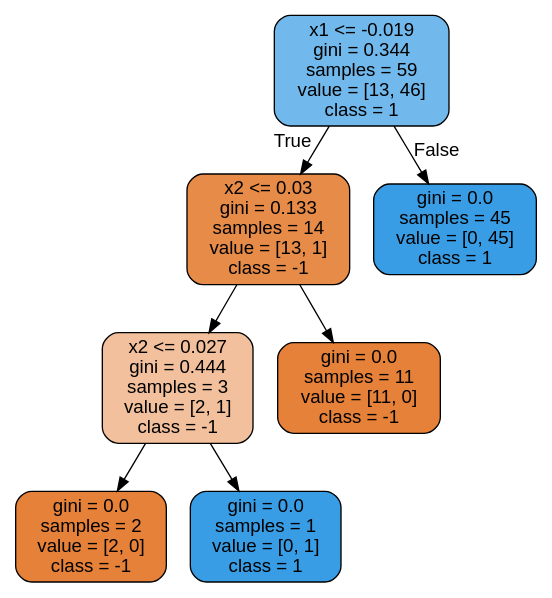
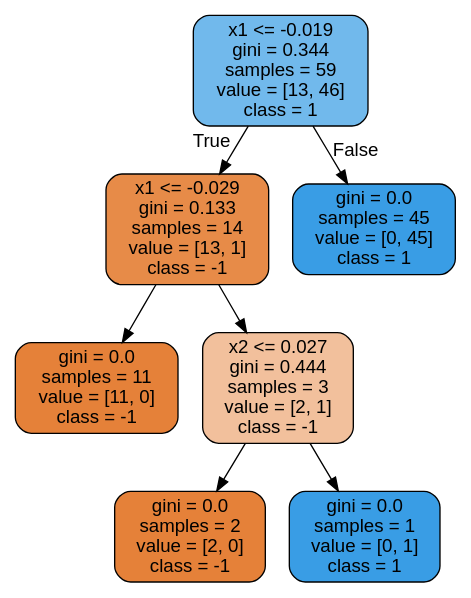
Before and after one commit to LimboRift/wkzq: the diagram in tree.dot, drawn with Graphviz. The commit also changed 12 other files, not shown here.

```diff
--- a/tree.dot
+++ b/tree.dot
@@ -1,17 +1,17 @@
 digraph Tree {
 node [shape=box, style="filled, rounded", color="black", fontname=helvetica] ;
 edge [fontname=helvetica] ;
 0 [label="x1 <= -0.019\ngini = 0.344\nsamples = 59\nvalue = [13, 46]\nclass = 1", fillcolor="#71b9ec"] ;
-1 [label="x2 <= 0.03\ngini = 0.133\nsamples = 14\nvalue = [13, 1]\nclass = -1", fillcolor="#e78b48"] ;
+1 [label="x1 <= -0.029\ngini = 0.133\nsamples = 14\nvalue = [13, 1]\nclass = -1", fillcolor="#e78b48"] ;
 0 -> 1 [labeldistance=2.5, labelangle=45, headlabel="True"] ;
-2 [label="x2 <= 0.027\ngini = 0.444\nsamples = 3\nvalue = [2, 1]\nclass = -1", fillcolor="#f2c09c"] ;
+2 [label="gini = 0.0\nsamples = 11\nvalue = [11, 0]\nclass = -1", fillcolor="#e58139"] ;
 1 -> 2 ;
-3 [label="gini = 0.0\nsamples = 2\nvalue = [2, 0]\nclass = -1", fillcolor="#e58139"] ;
-2 -> 3 ;
-4 [label="gini = 0.0\nsamples = 1\nvalue = [0, 1]\nclass = 1", fillcolor="#399de5"] ;
-2 -> 4 ;
-5 [label="gini = 0.0\nsamples = 11\nvalue = [11, 0]\nclass = -1", fillcolor="#e58139"] ;
-1 -> 5 ;
+3 [label="x2 <= 0.027\ngini = 0.444\nsamples = 3\nvalue = [2, 1]\nclass = -1", fillcolor="#f2c09c"] ;
+1 -> 3 ;
+4 [label="gini = 0.0\nsamples = 2\nvalue = [2, 0]\nclass = -1", fillcolor="#e58139"] ;
+3 -> 4 ;
+5 [label="gini = 0.0\nsamples = 1\nvalue = [0, 1]\nclass = 1", fillcolor="#399de5"] ;
+3 -> 5 ;
 6 [label="gini = 0.0\nsamples = 45\nvalue = [0, 45]\nclass = 1", fillcolor="#399de5"] ;
 0 -> 6 [labeldistance=2.5, labelangle=-45, headlabel="False"] ;
 }
```
